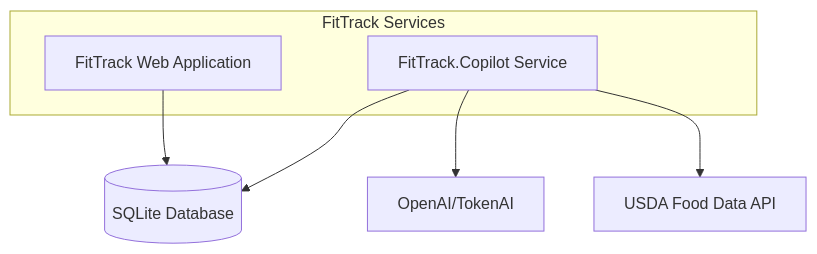
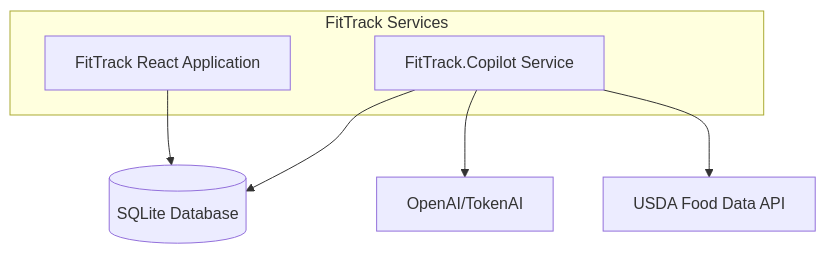
The first of 3 diagrams in .qoder/repowiki/en/content/Deployment & CI_CD/Runtime Configuration & Execution.md (remixu1994/FitTrack), drawn with Mermaid before and after one commit. The commit also changed other lines of this file and 53 other files, not shown here.

Commit message:
重命名并迁移 FitTrack.React，新增联调启动脚本

````diff
--- a/.qoder/repowiki/en/content/Deployment & CI_CD/Runtime Configuration & Execution.md
+++ b/.qoder/repowiki/en/content/Deployment & CI_CD/Runtime Configuration & Execution.md
@@ -39,14 +39,14 @@
 ```mermaid
 graph TB
 subgraph "FitTrack Services"
-A[FitTrack Web Application]
+A[FitTrack React Application]
 B[FitTrack.Copilot Service]
 end
 A --> C[Database]
 B --> C
 B --> D[AI Services]
 B --> E[USDA API]
 C[(SQLite Database)]
 D[OpenAI/TokenAI]
 E[USDA Food Data API]
 ```
````
